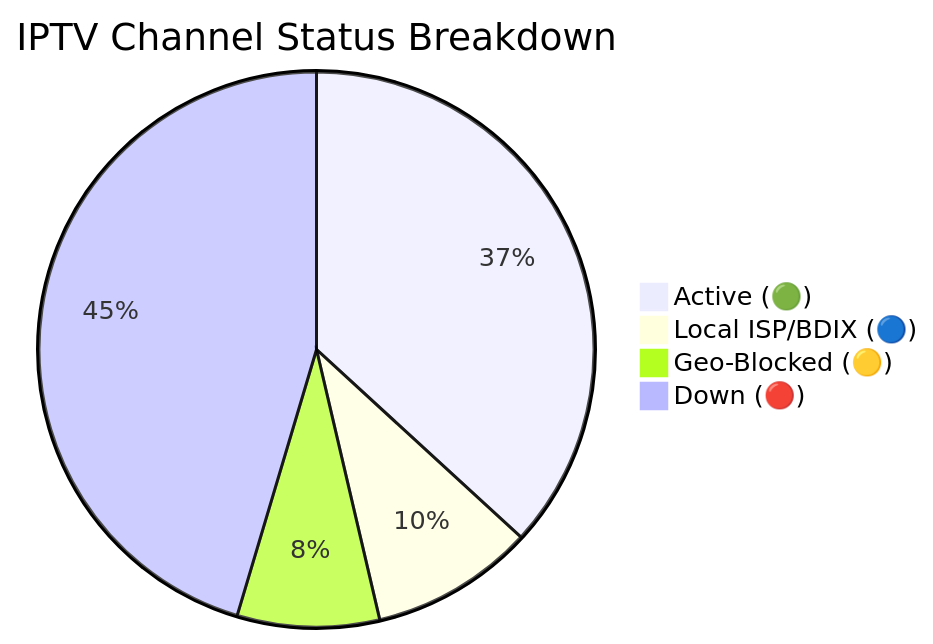
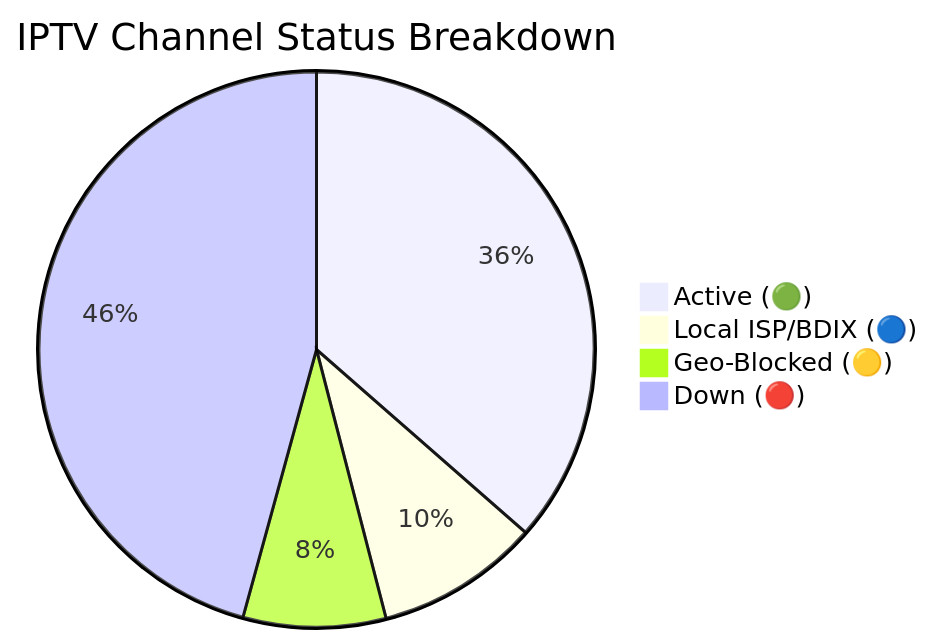
The diagram in README.md (andreataylord/Ip-tv-Collection), drawn with Mermaid before and after one commit. The commit also changed other lines of this file and 1 other file, not shown here.

Commit message:
docs(readme): auto-update daily channel status chart

````diff
--- a/README.md
+++ b/README.md
@@ -59,7 +59,7 @@
 ```mermaid
 pie title IPTV Channel Status Breakdown
-    "Active (🟢)" : 2968
+    "Active (🟢)" : 2938
     "Local ISP/BDIX (🔵)" : 768
-    "Geo-Blocked (🟡)" : 667
-    "Down (🔴)" : 3659
+    "Geo-Blocked (🟡)" : 669
+    "Down (🔴)" : 3687
 ```
````
